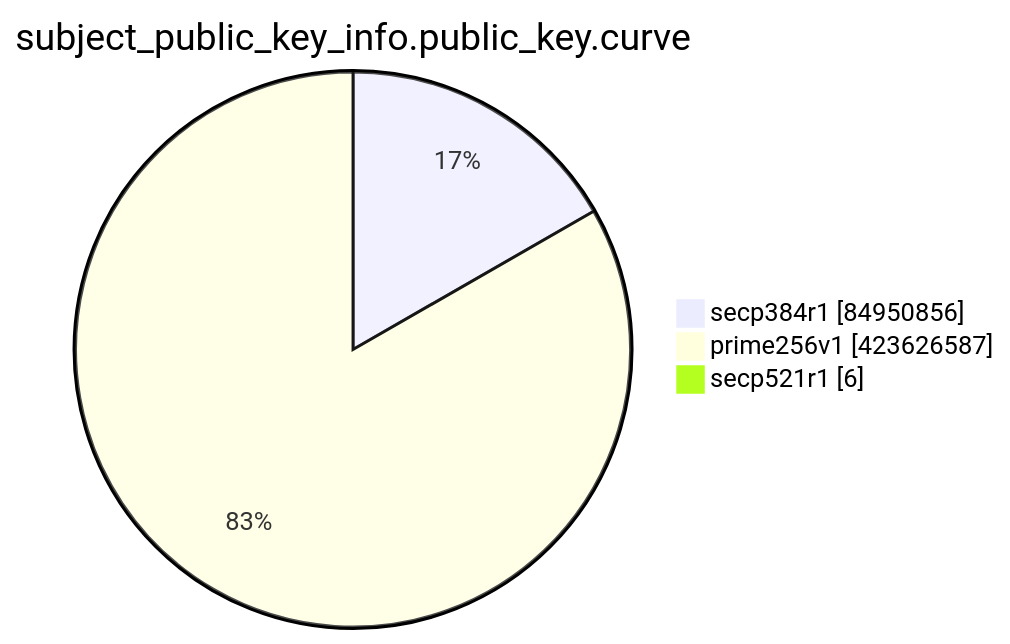
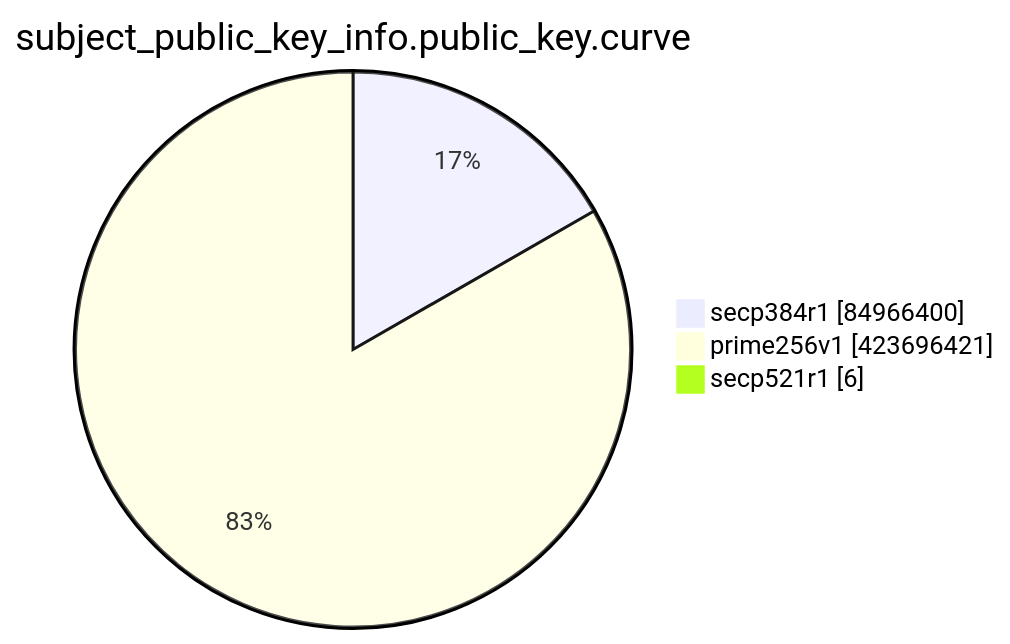
Before and after one commit to christiankrug/ctmonitor_visualization: the eighth of 15 diagrams in TOTAL/README.md, drawn with Mermaid. The commit also changed other lines of this file, not shown here.

````diff
--- a/TOTAL/README.md
+++ b/TOTAL/README.md
@@ -3099,7 +3099,7 @@
 ```mermaid
 pie showData
 title subject_public_key_info.public_key.curve
-"secp384r1" :84950856
-"prime256v1" :423626587
+"secp384r1" :84966400
+"prime256v1" :423696421
 "secp521r1" :6
 ```
````
